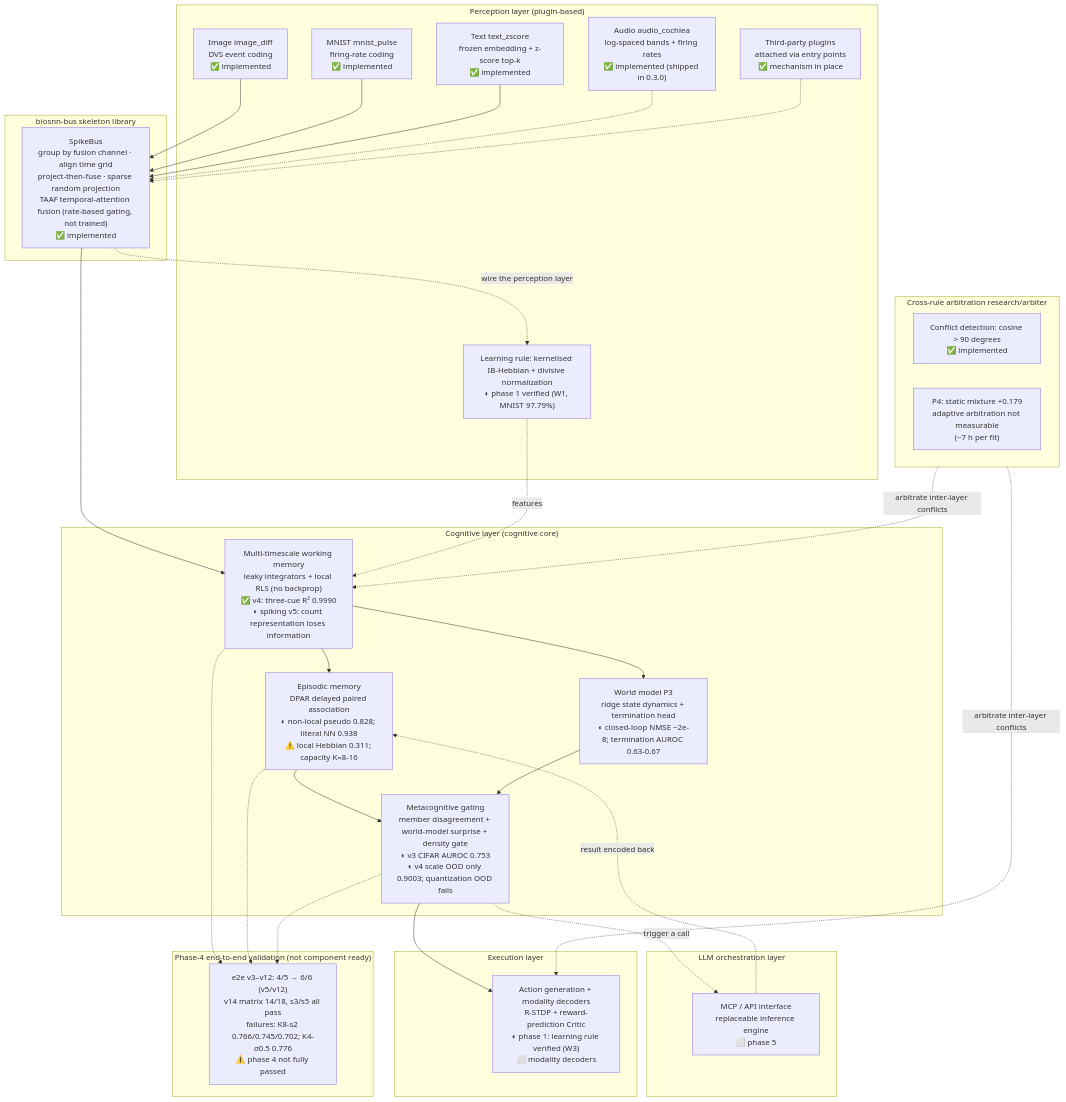
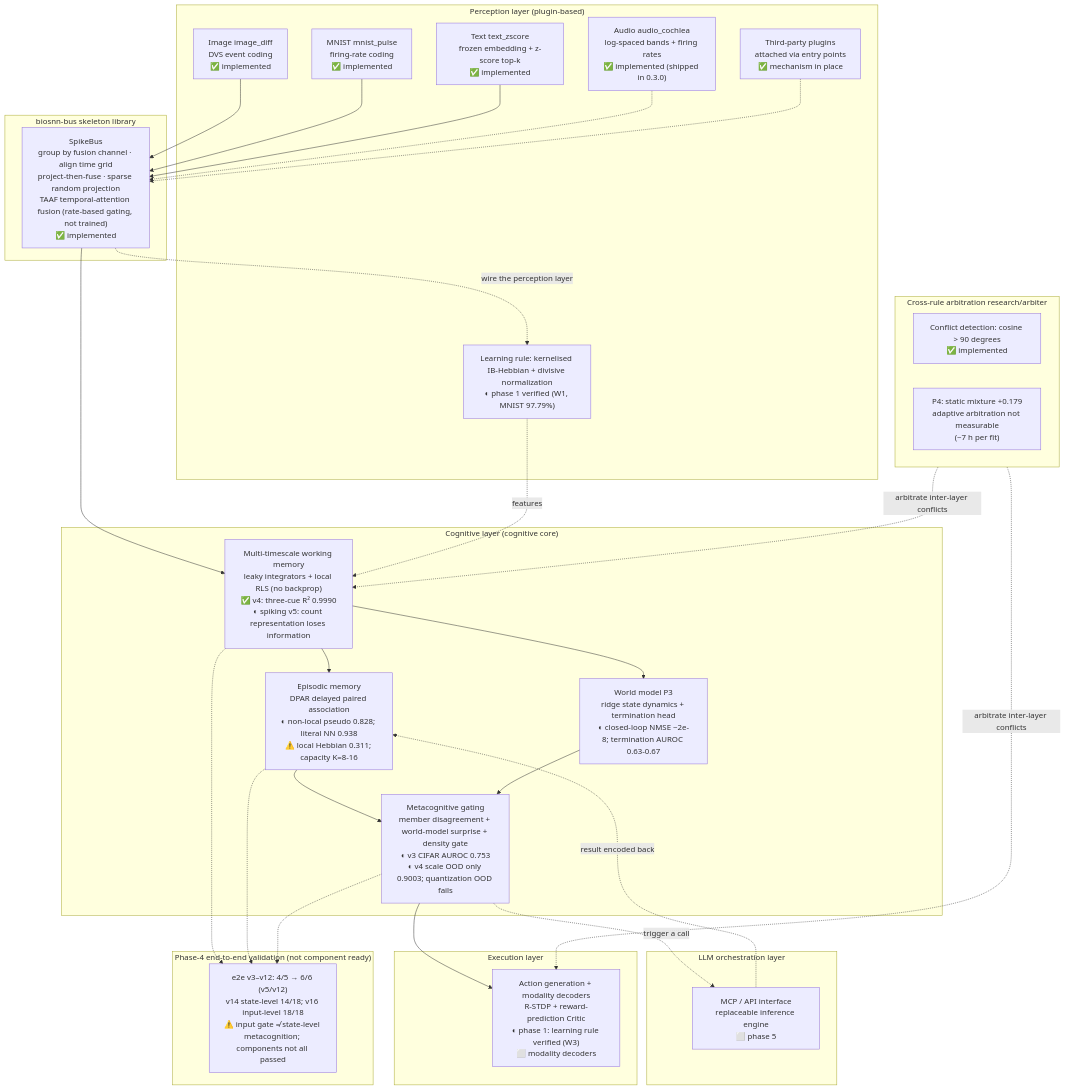
Before and after one commit to lzmd-arch/BioSNN-Plug: the diagram in README.en.md, drawn with Mermaid. The commit also changed other lines of this file and 8 other files, not shown here.

````diff
--- a/README.en.md
+++ b/README.en.md
@@ -149,60 +149,60 @@
 ```mermaid
 flowchart TB
     subgraph L5["LLM orchestration layer"]
         MCP["MCP / API interface<br/>replaceable inference engine<br/>⬜ phase 5"]
     end
 
     subgraph L4["Execution layer"]
         ACT["Action generation + modality decoders<br/>R-STDP + reward-prediction Critic<br/>◐ phase 1: learning rule verified (W3)<br/>⬜ modality decoders"]
     end
 
     subgraph L3["Cognitive layer (cognitive core)"]
         WM["Multi-timescale working memory<br/>leaky integrators + local RLS (no backprop)<br/>✅ v4: three-cue R² 0.9990<br/>◐ spiking v5: count representation loses information"]
         EM["Episodic memory<br/>DPAR delayed paired association<br/>◐ non-local pseudo 0.828; literal NN 0.938<br/>⚠️ local Hebbian 0.311; capacity K=8-16"]
         MG["Metacognitive gating<br/>member disagreement + world-model surprise + density gate<br/>◐ v3 CIFAR AUROC 0.753<br/>◐ v4 scale OOD only 0.9003; quantization OOD fails"]
         WMODEL["World model P3<br/>ridge state dynamics + termination head<br/>◐ closed-loop NMSE ~2e-8; termination AUROC 0.63-0.67"]
     end
 
     subgraph ARB["Cross-rule arbitration research/arbiter"]
         CF["Conflict detection: cosine > 90 degrees<br/>✅ implemented"]
         ES["P4: static mixture +0.179<br/>adaptive arbitration not measurable<br/>(~7 h per fit)"]
     end
 
     subgraph L2["biosnn-bus skeleton library"]
         BUS["SpikeBus<br/>group by fusion channel · align time grid<br/>project-then-fuse · sparse random projection<br/>TAAF temporal-attention fusion (rate-based gating, not trained)<br/>✅ implemented"]
     end
 
     subgraph L1["Perception layer (plugin-based)"]
         IMG["Image image_diff<br/>DVS event coding<br/>✅ implemented"]
         MN["MNIST mnist_pulse<br/>firing-rate coding<br/>✅ implemented"]
         TXT["Text text_zscore<br/>frozen embedding + z-score top-k<br/>✅ implemented"]
         AUD["Audio audio_cochlea<br/>log-spaced bands + firing rates<br/>✅ implemented (shipped in 0.3.0)"]
         THIRD["Third-party plugins<br/>attached via entry points<br/>✅ mechanism in place"]
         HEB["Learning rule: kernelised IB-Hebbian + divisive normalization<br/>◐ phase 1 verified (W1, MNIST 97.79%)"]
     end
 
     IMG --> BUS
     MN --> BUS
     TXT --> BUS
     AUD -.-> BUS
     THIRD -.-> BUS
     BUS --> WM
     BUS -.->|wire the perception layer| HEB
     HEB -.->|features| WM
     WM --> EM
     WM --> WMODEL
     EM --> MG
     WMODEL --> MG
     MG --> ACT
     MG -.->|trigger a call| MCP
     MCP -.->|result encoded back| EM
     ARB -.->|arbitrate inter-layer conflicts| WM
     ARB -.->|arbitrate inter-layer conflicts| ACT
 
     subgraph S4["Phase-4 end-to-end validation (not component ready)"]
-        E2E["e2e v3–v12: 4/5 → 6/6 (v5/v12)<br/>v14 matrix 14/18, s3/s5 all pass<br/>failures: K8-s2 0.766/0.745/0.702; K4-σ0.5 0.776<br/>⚠️ phase 4 not fully passed"]
+        E2E["e2e v3–v12: 4/5 → 6/6 (v5/v12)<br/>v14 state-level 14/18; v16 input-level 18/18<br/>⚠️ input gate ≠ state-level metacognition; components not all passed"]
     end
     WM -.-> E2E
     EM -.-> E2E
     MG -.-> E2E
 ```
````
